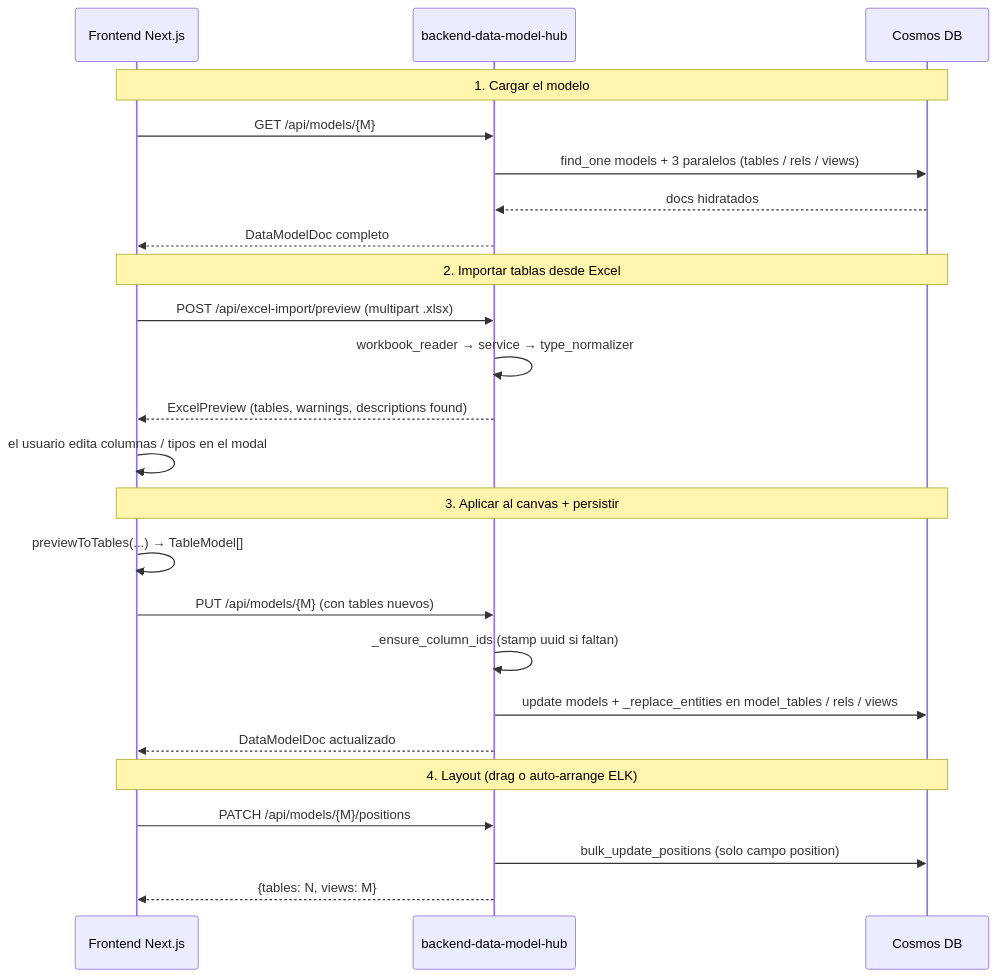
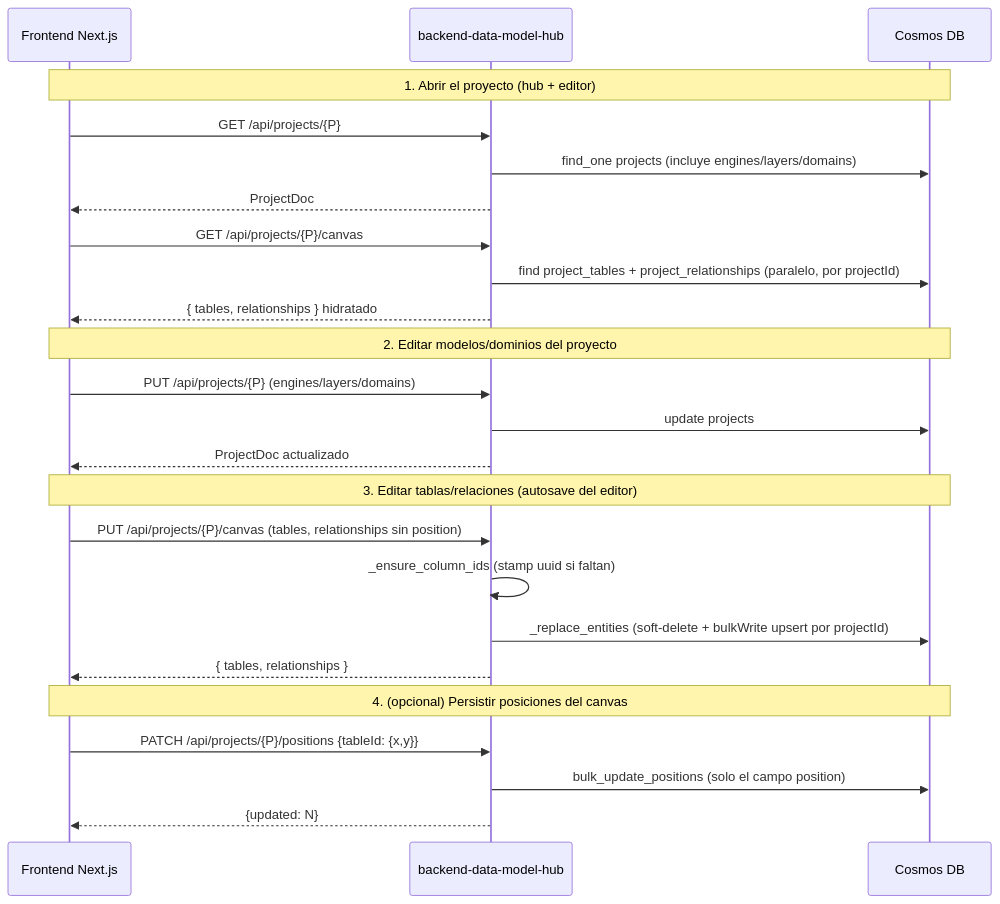
The third of 3 diagrams in doc/architecture.md (Carlosmps97/backend-data-model-hub), drawn with Mermaid before and after one commit. The commit also changed other lines of this file and 23 other files, not shown here.

````diff
--- a/doc/architecture.md
+++ b/doc/architecture.md
@@ -240,30 +225,30 @@
 ```mermaid
 sequenceDiagram
     participant FE as Frontend Next.js
     participant API as backend-data-model-hub
     participant DB as Cosmos DB
 
-    Note over FE,DB: 1. Cargar el modelo
-    FE->>API: GET /api/models/{M}
-    API->>DB: find_one models + 3 paralelos (tables / rels / views)
-    DB-->>API: docs hidratados
-    API-->>FE: DataModelDoc completo
+    Note over FE,DB: 1. Abrir el proyecto (hub + editor)
+    FE->>API: GET /api/projects/{P}
+    API->>DB: find_one projects (incluye engines/layers/domains)
+    API-->>FE: ProjectDoc
+    FE->>API: GET /api/projects/{P}/canvas
+    API->>DB: find project_tables + project_relationships (paralelo, por projectId)
+    API-->>FE: { tables, relationships } hidratado
 
-    Note over FE,DB: 2. Importar tablas desde Excel
-    FE->>API: POST /api/excel-import/preview (multipart .xlsx)
-    API->>API: workbook_reader → service → type_normalizer
-    API-->>FE: ExcelPreview (tables, warnings, descriptions found)
-    FE->>FE: el usuario edita columnas / tipos en el modal
+    Note over FE,DB: 2. Editar modelos/dominios del proyecto
+    FE->>API: PUT /api/projects/{P} (engines/layers/domains)
+    API->>DB: update projects
+    API-->>FE: ProjectDoc actualizado
 
-    Note over FE,DB: 3. Aplicar al canvas + persistir
-    FE->>FE: previewToTables(...)  →  TableModel[]
-    FE->>API: PUT /api/models/{M} (con tables nuevos)
+    Note over FE,DB: 3. Editar tablas/relaciones (autosave del editor)
+    FE->>API: PUT /api/projects/{P}/canvas (tables, relationships sin position)
     API->>API: _ensure_column_ids (stamp uuid si faltan)
-    API->>DB: update models + _replace_entities en model_tables / rels / views
-    API-->>FE: DataModelDoc actualizado
+    API->>DB: _replace_entities (soft-delete + bulkWrite upsert por projectId)
+    API-->>FE: { tables, relationships }
 
-    Note over FE,DB: 4. Layout (drag o auto-arrange ELK)
-    FE->>API: PATCH /api/models/{M}/positions
-    API->>DB: bulk_update_positions (solo campo position)
-    API-->>FE: {tables: N, views: M}
+    Note over FE,DB: 4. (opcional) Persistir posiciones del canvas
+    FE->>API: PATCH /api/projects/{P}/positions {tableId: {x,y}}
+    API->>DB: bulk_update_positions (solo el campo position)
+    API-->>FE: {updated: N}
 ```
````
